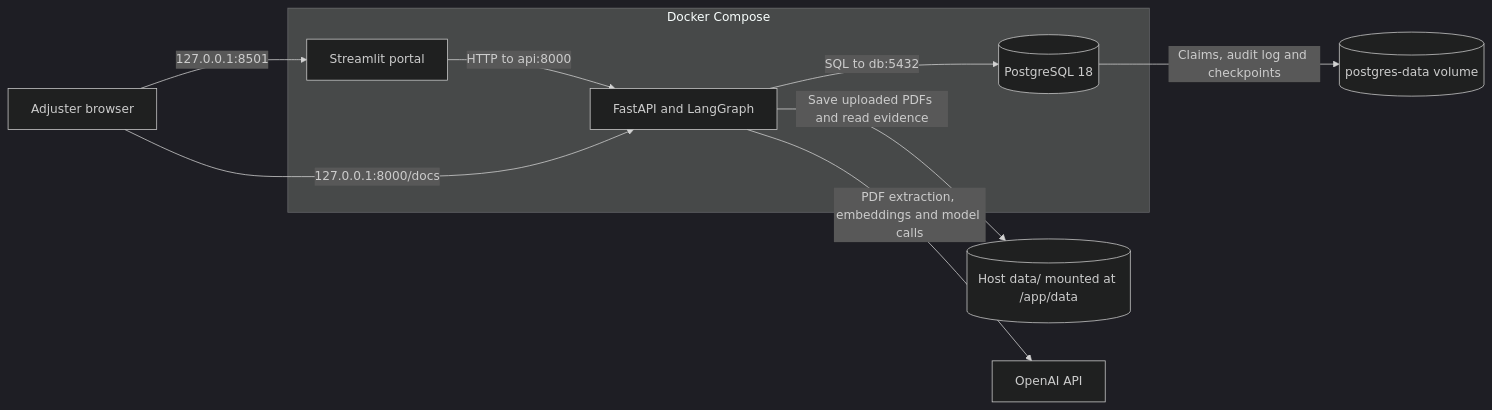
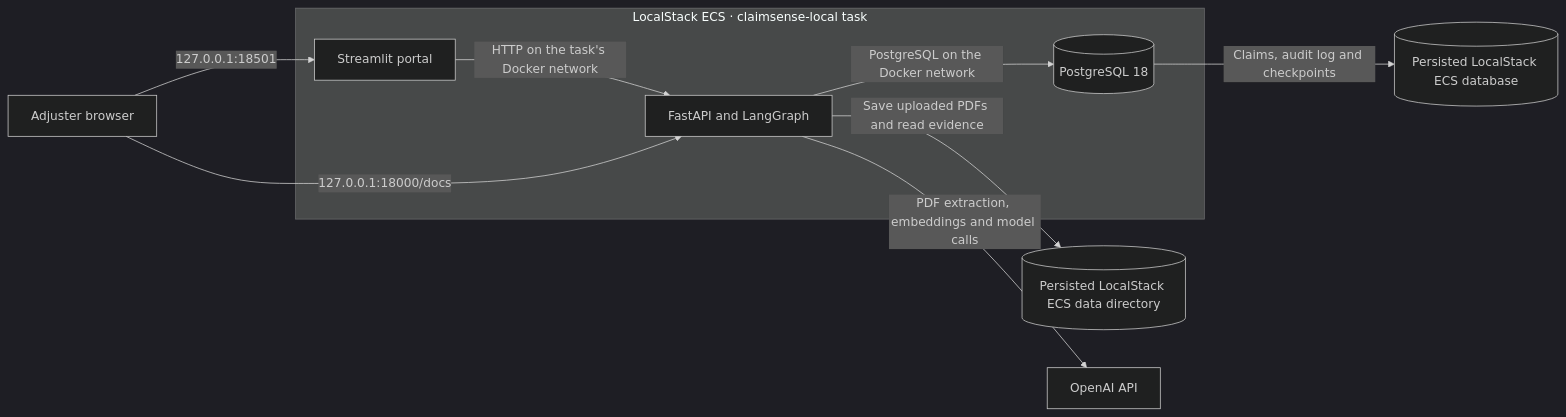
One commit to MP-30/Claim-Sense changed the first of 3 diagrams in infra.md. Above: the diagram before and after it, drawn with Mermaid (dark theme). The commit also changed other lines of this file, not shown here.

````diff
--- a/infra.md
+++ b/infra.md
@@ -7,16 +7,16 @@
 ```mermaid
 flowchart LR
     User["Adjuster browser"]
-    subgraph Compose["Docker Compose"]
+    subgraph Task["LocalStack ECS · claimsense-local task"]
         UI["Streamlit portal"]
         API["FastAPI and LangGraph"]
         DB[("PostgreSQL 18")]
-        UI -->|"HTTP to api:8000"| API
-        API -->|"SQL to db:5432"| DB
+        UI -->|"HTTP on the task's Docker network"| API
+        API -->|"PostgreSQL on the Docker network"| DB
     end
-    User -->|"127.0.0.1:8501"| UI
-    User -->|"127.0.0.1:8000/docs"| API
-    DB -->|"Claims, audit log and checkpoints"| Volume[("postgres-data volume")]
-    API -->|"Save uploaded PDFs and read evidence"| Files[("Host data/ mounted at /app/data")]
+    User -->|"127.0.0.1:18501"| UI
+    User -->|"127.0.0.1:18000/docs"| API
+    DB -->|"Claims, audit log and checkpoints"| Volume[("Persisted LocalStack ECS database")]
+    API -->|"Save uploaded PDFs and read evidence"| Files[("Persisted LocalStack ECS data directory")]
     API -->|"PDF extraction, embeddings and model calls"| Model["OpenAI API"]
 ```
````
